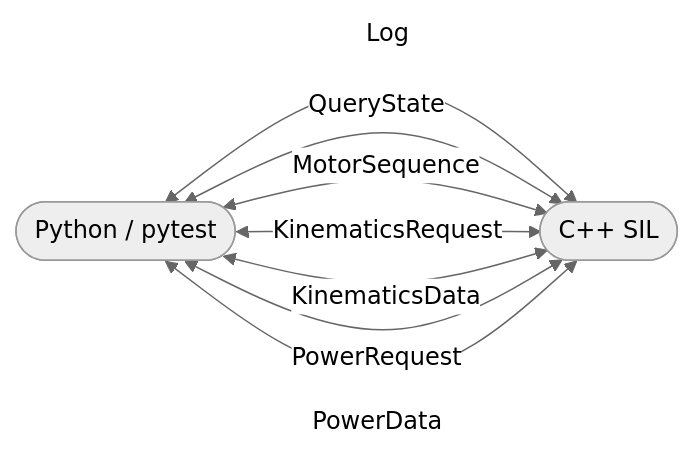
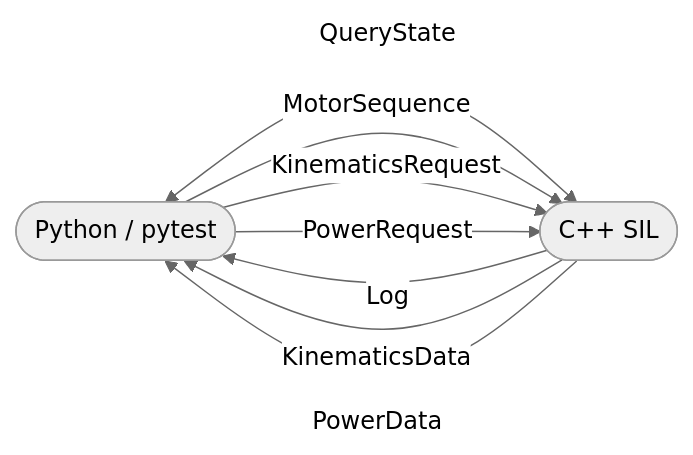
Before and after one commit to AxelBjork/reflect_pytest: the diagram in doc/ipc_protocol.md, drawn with Mermaid (neutral theme). The commit also changed other lines of this file and 16 other files, not shown here.

````diff
--- a/doc/ipc_protocol.md
+++ b/doc/ipc_protocol.md
@@ -41,12 +41,12 @@
 ```mermaid
 flowchart LR
     PY(["Python / pytest"])
     CXX(["C++ SIL"])
-    PY <-->|Log| CXX
+    CXX -->|Log| PY
     PY <-->|QueryState| CXX
-    PY <-->|MotorSequence| CXX
-    PY <-->|KinematicsRequest| CXX
-    PY <-->|KinematicsData| CXX
-    PY <-->|PowerRequest| CXX
-    PY <-->|PowerData| CXX
+    PY -->|MotorSequence| CXX
+    PY -->|KinematicsRequest| CXX
+    CXX -->|KinematicsData| PY
+    PY -->|PowerRequest| CXX
+    CXX -->|PowerData| PY
 ```
````
